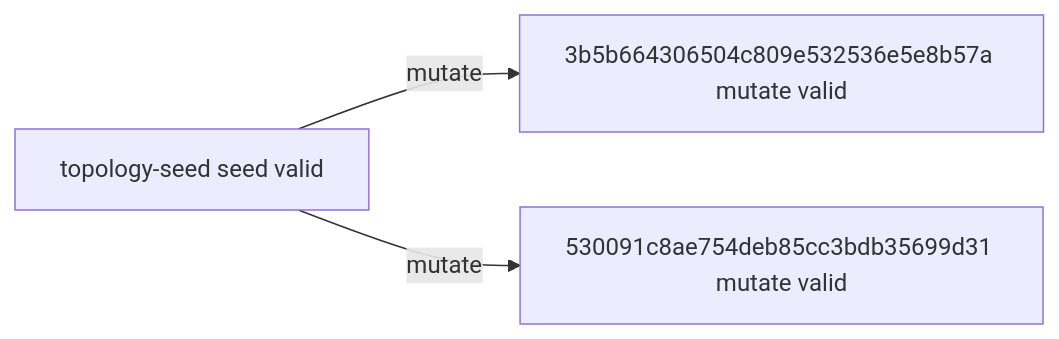
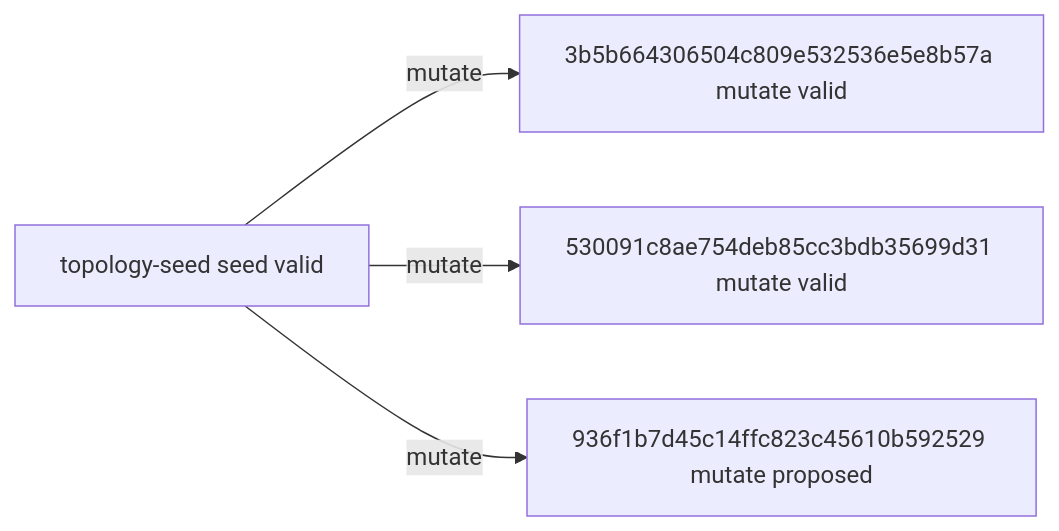
One commit to timbtz/feyer-search-lab changed the diagram in experiments/campaigns/layout-numerical-lane1/README.md. Above: the diagram before and after it, drawn with Mermaid. The commit also changed other lines of this file and 7 other files, not shown here.

````diff
--- a/experiments/campaigns/layout-numerical-lane1/README.md
+++ b/experiments/campaigns/layout-numerical-lane1/README.md
@@ -21,8 +21,10 @@
 ```mermaid
 graph LR
   n0["topology-seed seed valid"]
   n1["3b5b664306504c809e532536e5e8b57a mutate valid"]
   n2["530091c8ae754deb85cc3bdb35699d31 mutate valid"]
+  n3["936f1b7d45c14ffc823c45610b592529 mutate proposed"]
   n0 -->|mutate| n1
   n0 -->|mutate| n2
+  n0 -->|mutate| n3
 ```
````
